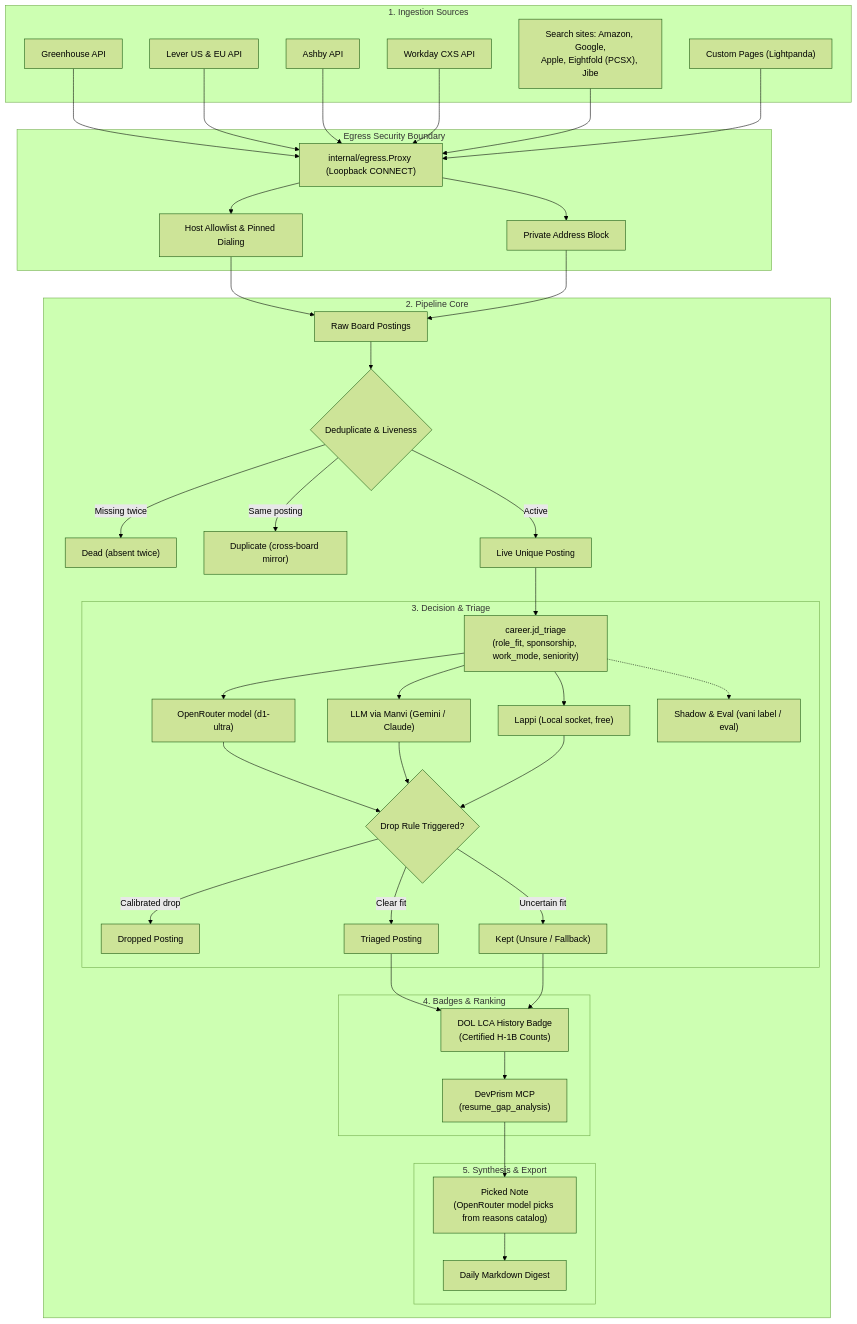
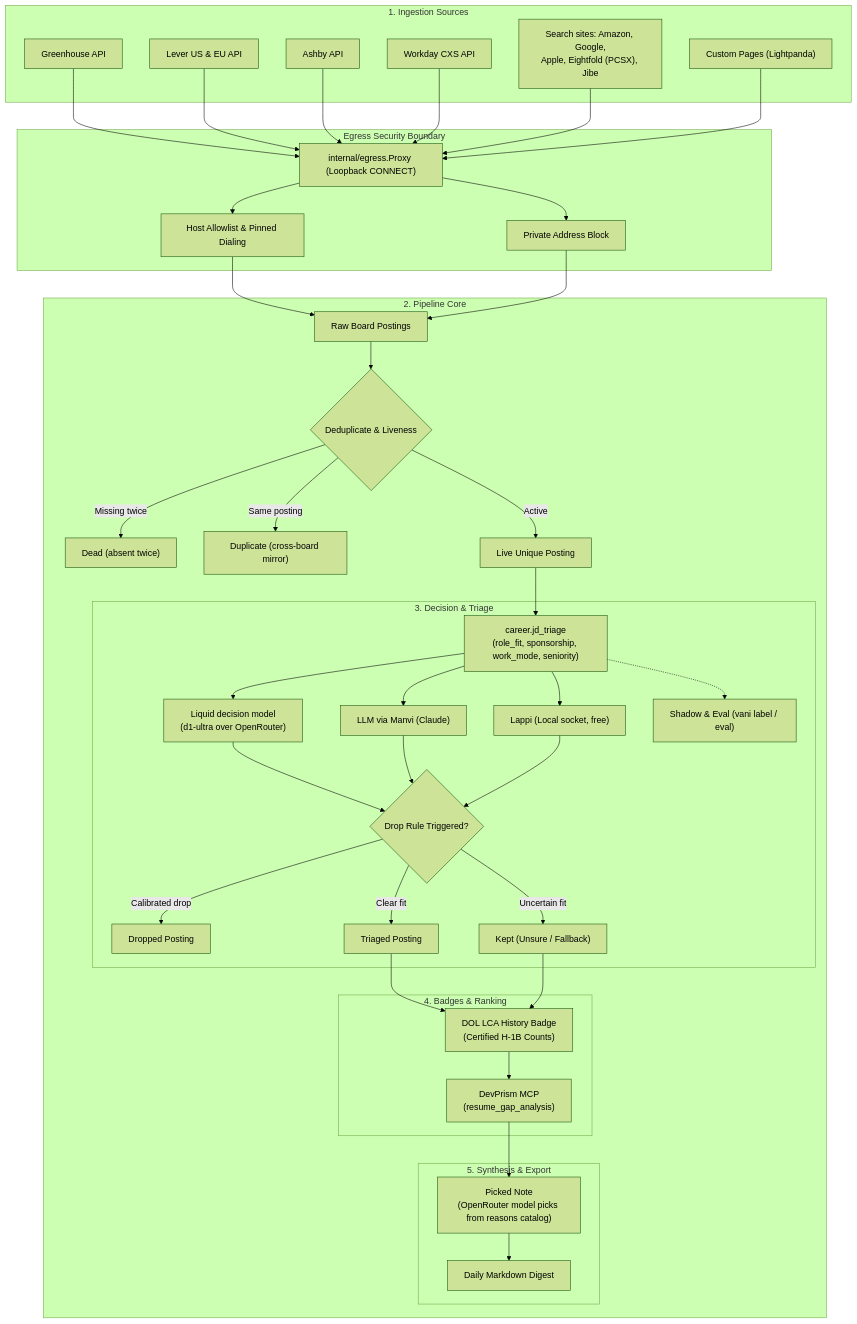
One commit to bharathvbcr/vani changed the first of 4 diagrams in README.md. Above: the diagram before and after it, drawn with Mermaid (forest theme). The commit also changed other lines of this file and 91 other files, not shown here.

````diff
--- a/README.md
+++ b/README.md
@@ -16,68 +22,68 @@
 ```mermaid
 flowchart TD
     subgraph Sources["1. Ingestion Sources"]
         GH["Greenhouse API"]
         LV["Lever US & EU API"]
         AB["Ashby API"]
         WD["Workday CXS API"]
         SS["Search sites: Amazon, Google,\nApple, Eightfold (PCSX), Jibe"]
         PG["Custom Pages (Lightpanda)"]
     end
 
     subgraph Egress["Egress Security Boundary"]
         EP["internal/egress.Proxy (Loopback CONNECT)"]
         AL["Host Allowlist & Pinned Dialing"]
         PB["Private Address Block"]
     end
 
     subgraph Pipeline["2. Pipeline Core"]
         RAW["Raw Board Postings"]
         DEDUP{"Deduplicate & Liveness"}
         DEAD["Dead (absent twice)"]
         DUP["Duplicate (cross-board mirror)"]
         LIVE["Live Unique Posting"]
 
         subgraph Triage["3. Decision & Triage"]
             TR["career.jd_triage\n(role_fit, sponsorship, work_mode, seniority)"]
-            JEV["OpenRouter model (d1-ultra)"]
-            LLM["LLM via Manvi (Gemini / Claude)"]
+            JEV["Liquid decision model\n(d1-ultra over OpenRouter)"]
+            LLM["LLM via Manvi (Claude)"]
             LAP["Lappi (Local socket, free)"]
             SHADOW["Shadow & Eval (vani label / eval)"]
             DROP_RULE{"Drop Rule Triggered?"}
             DROP["Dropped Posting"]
             UNSURE["Kept (Unsure / Fallback)"]
             TRIAGED["Triaged Posting"]
         end
 
         subgraph Enrich["4. Badges & Ranking"]
             LCA["DOL LCA History Badge\n(Certified H-1B Counts)"]
             DEVPRISM["DevPrism MCP\n(resume_gap_analysis)"]
         end
 
         subgraph Output["5. Synthesis & Export"]
             EXP["Picked Note\n(OpenRouter model picks from reasons catalog)"]
             DIGEST["Daily Markdown Digest"]
         end
     end
 
     GH & LV & AB & WD & SS --> EP
     PG --> EP
     EP --> AL & PB --> RAW
     RAW --> DEDUP
     DEDUP -->|Missing twice| DEAD
     DEDUP -->|Same posting| DUP
     DEDUP -->|Active| LIVE
 
     LIVE --> TR
     TR --> JEV & LLM & LAP
     TR -.-> SHADOW
     JEV & LLM & LAP --> DROP_RULE
     DROP_RULE -->|Calibrated drop| DROP
     DROP_RULE -->|Uncertain fit| UNSURE
     DROP_RULE -->|Clear fit| TRIAGED
 
     TRIAGED & UNSURE --> LCA
     LCA --> DEVPRISM
     DEVPRISM --> EXP
     EXP --> DIGEST
 ```
````
